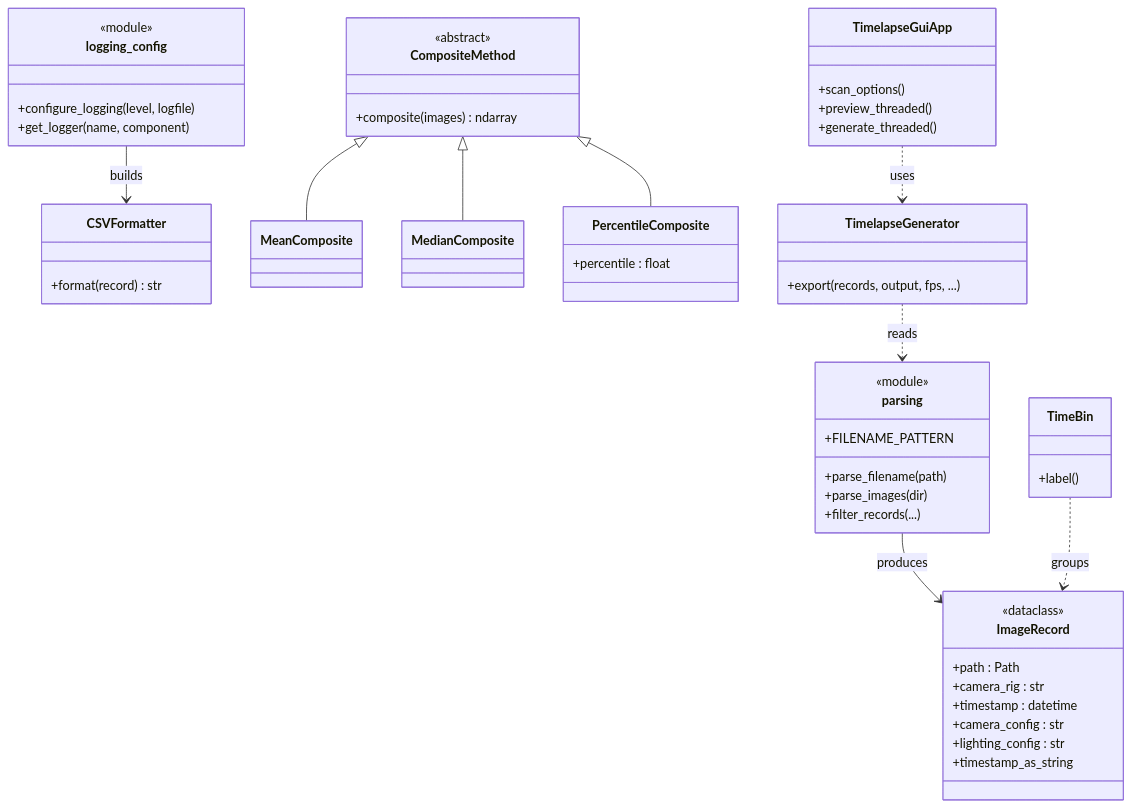
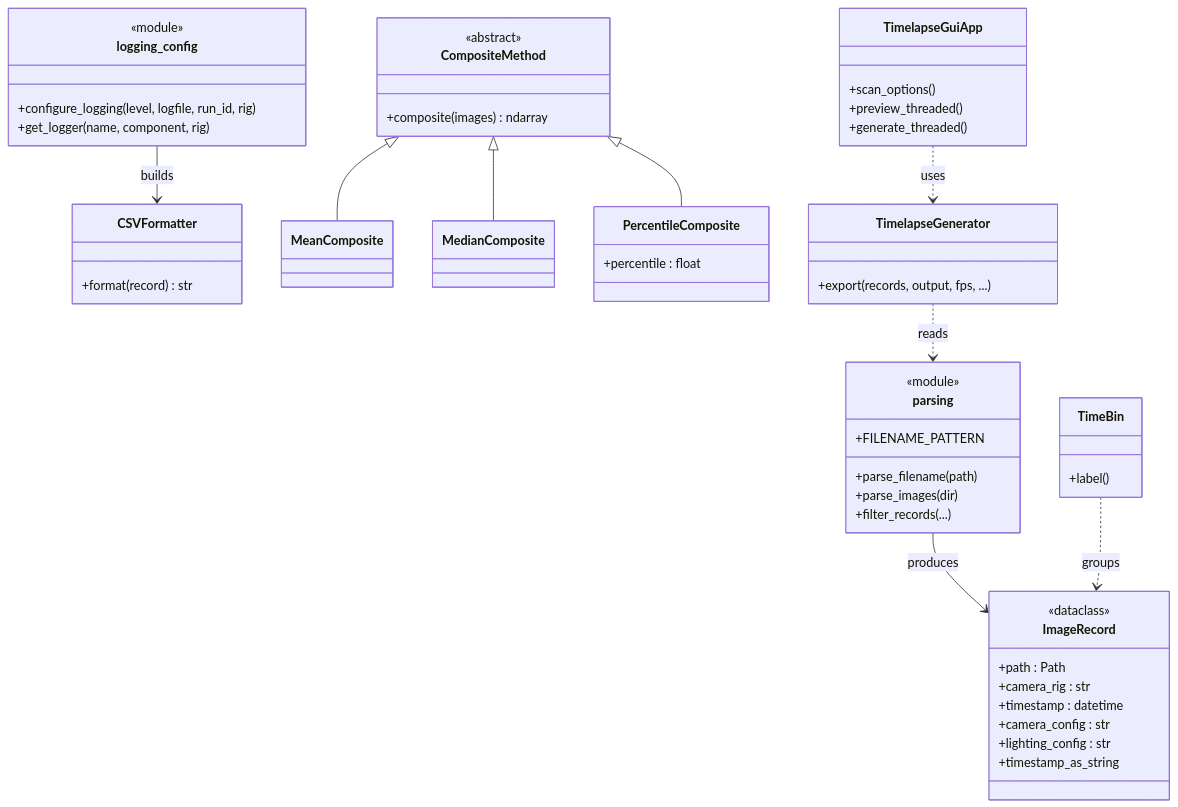
Before and after one commit to OldManAnders/lotus-pto-camera: the third of 5 diagrams in docs/architecture.md, drawn with Mermaid. The commit also changed other lines of this file and 5 other files, not shown here.

Commit message:
Updated log-naming to use rig instead of an arbitrary passed name

````diff
--- a/docs/architecture.md
+++ b/docs/architecture.md
@@ -186,63 +186,63 @@
 ```mermaid
 classDiagram
     direction TB
 
     class logging_config {
         <<module>>
-        +configure_logging(level, logfile)
-        +get_logger(name, component)
+        +configure_logging(level, logfile, run_id, rig)
+        +get_logger(name, component, rig)
     }
 
     class CSVFormatter {
         +format(record) str
     }
 
     class parsing {
         <<module>>
         +FILENAME_PATTERN
         +parse_filename(path)
         +parse_images(dir)
         +filter_records(...)
     }
 
     class ImageRecord {
         <<dataclass>>
         +path : Path
         +camera_rig : str
         +timestamp : datetime
         +camera_config : str
         +lighting_config : str
         +timestamp_as_string
     }
 
     class CompositeMethod {
         <<abstract>>
         +composite(images) ndarray
     }
     class MeanComposite
     class MedianComposite
     class PercentileComposite {
         +percentile : float
     }
 
     class TimeBin {
         +label()
     }
     class TimelapseGenerator {
         +export(records, output, fps, ...)
     }
     class TimelapseGuiApp {
         +scan_options()
         +preview_threaded()
         +generate_threaded()
     }
 
     logging_config --> CSVFormatter : builds
     parsing --> ImageRecord : produces
     CompositeMethod <|-- MeanComposite
     CompositeMethod <|-- MedianComposite
     CompositeMethod <|-- PercentileComposite
     TimelapseGuiApp ..> TimelapseGenerator : uses
     TimelapseGenerator ..> parsing : reads
     TimeBin ..> ImageRecord : groups
 ```
````
